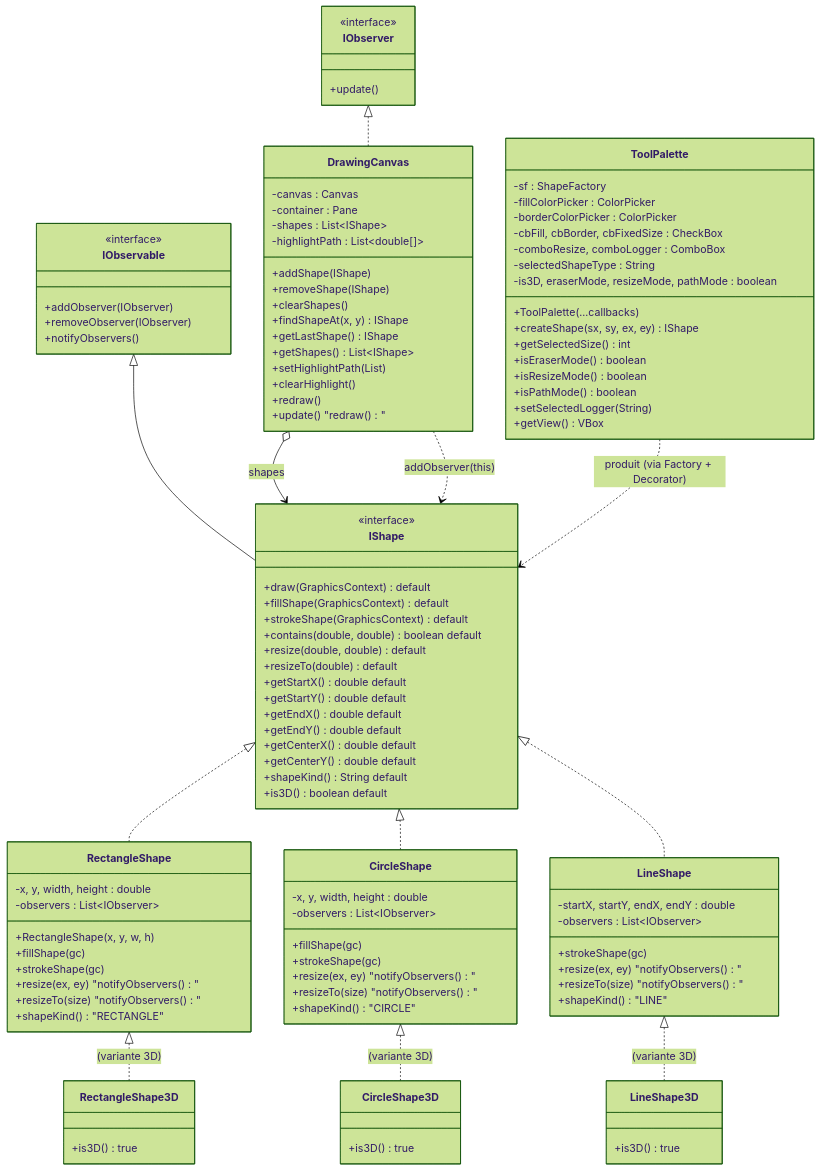
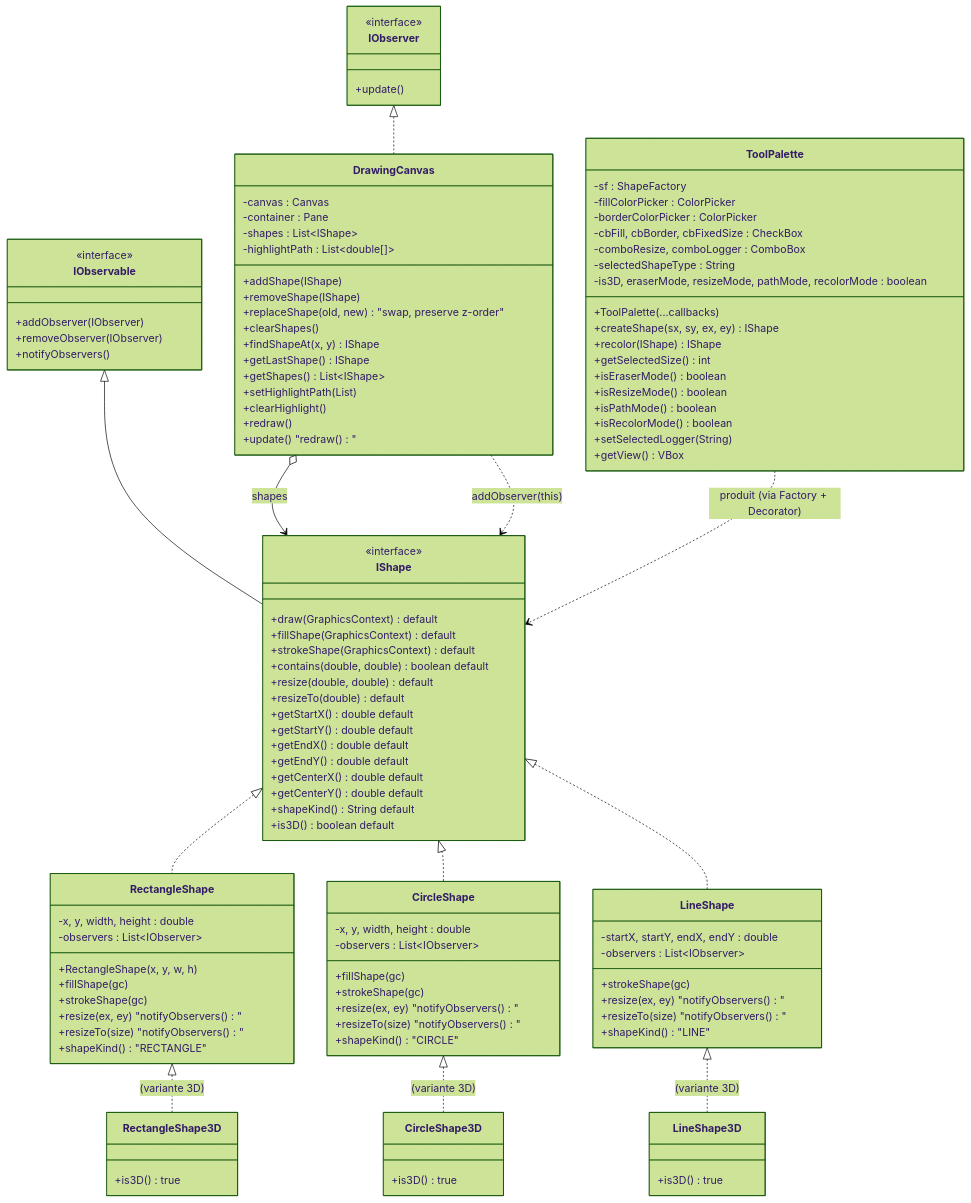
The second of 10 diagrams in CLASS_DIAGRAM.md (yosrtaktak/DesignDraw), drawn with Mermaid (forest theme) before and after one commit. The commit also changed other lines of this file and 8 other files, not shown here.

```diff
--- a/CLASS_DIAGRAM.md
+++ b/CLASS_DIAGRAM.md
@@ -170,6 +170,7 @@
         -highlightPath : List~double[]~
         +addShape(IShape)
         +removeShape(IShape)
+        +replaceShape(old, new) "swap, preserve z-order"
         +clearShapes()
         +findShapeAt(x, y) IShape
         +getLastShape() IShape
@@ -187,13 +188,15 @@
         -cbFill, cbBorder, cbFixedSize : CheckBox
         -comboResize, comboLogger : ComboBox
         -selectedShapeType : String
-        -is3D, eraserMode, resizeMode, pathMode : boolean
+        -is3D, eraserMode, resizeMode, pathMode, recolorMode : boolean
         +ToolPalette(...callbacks)
         +createShape(sx, sy, ex, ey) IShape
+        +recolor(IShape) IShape
         +getSelectedSize() int
         +isEraserMode() boolean
         +isResizeMode() boolean
         +isPathMode() boolean
+        +isRecolorMode() boolean
         +setSelectedLogger(String)
         +getView() VBox
     }
```
